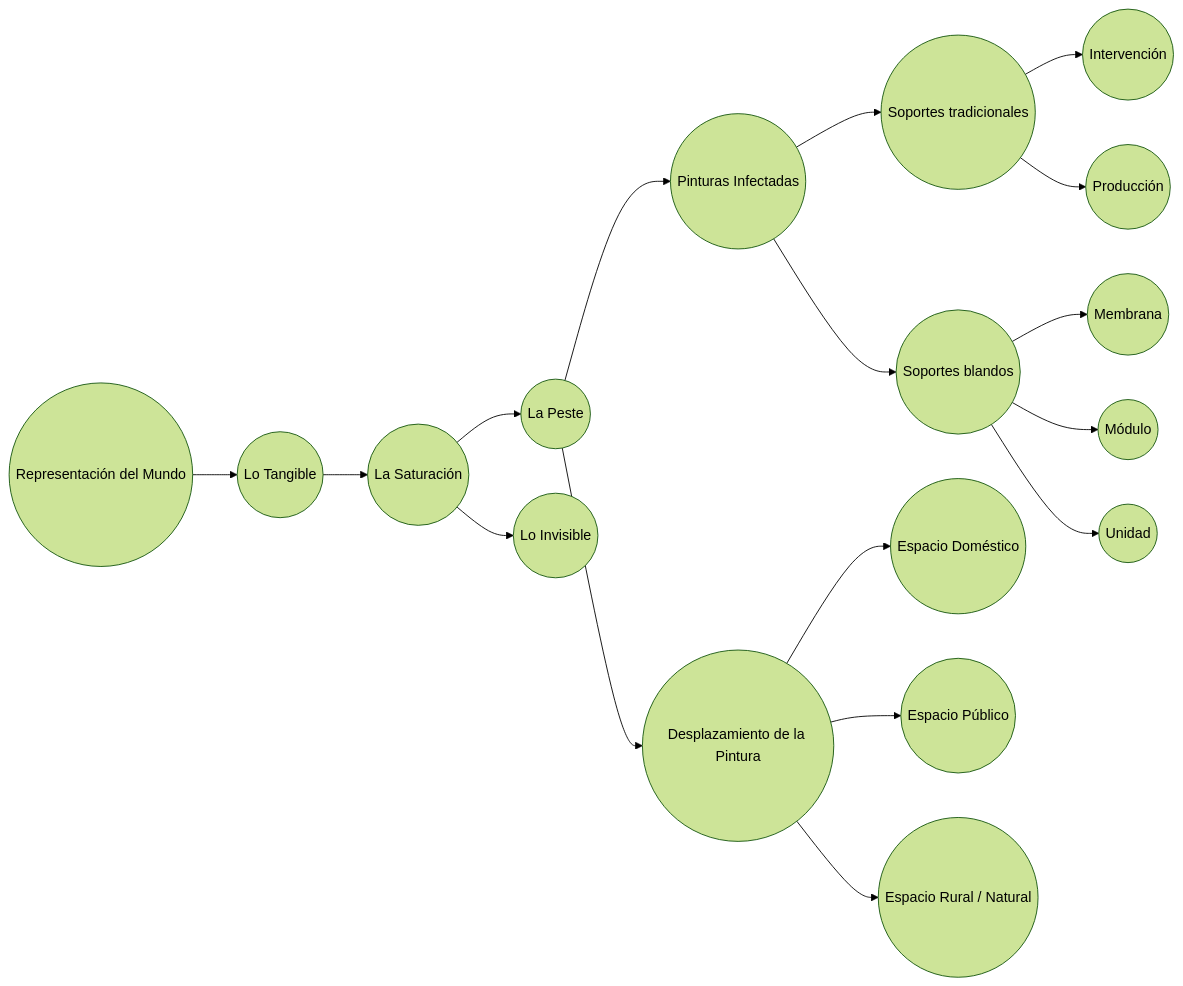
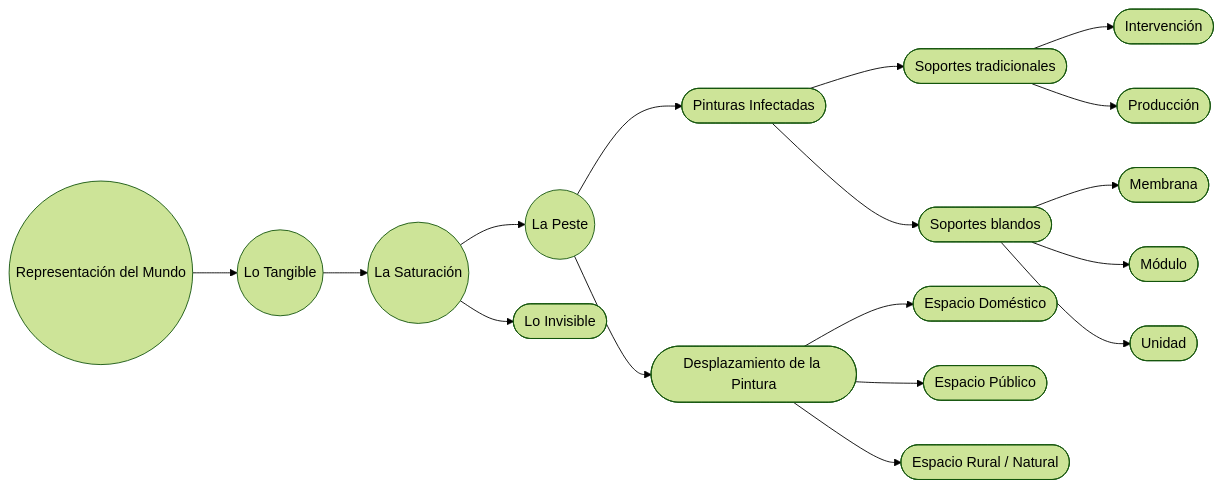
Before and after one commit to EGGS-Artesvisuales/EGGS-Artesvisuales.github.io: the diagram in ES/la-peste.md, drawn with Mermaid (forest theme).

```diff
--- a/ES/la-peste.md
+++ b/ES/la-peste.md
@@ -49,51 +49,51 @@
 <div class="mermaid">
 flowchart LR
   %% --- Macroestructura ---
   Z(("Representación del Mundo")) --> Y(("Lo Tangible"))
   Y --> A(("La Saturación"))
   A --> B(("La Peste"))
-  A --> X(("Lo Invisible"))
+  A --> X(["Lo Invisible"])
 
   %% --- Rama: La Peste / Pinturas Infectadas ---
-  B --> C(("Pinturas Infectadas"))
+  B --> C(["Pinturas Infectadas"])
 
   %% Soportes tradicionales
-  C --> D(("Soportes tradicionales"))
-  D --> D1(("Intervención"))
-  D --> D2(("Producción"))
+  C --> D(["Soportes tradicionales"])
+  D --> D1(["Intervención"])
+  D --> D2(["Producción"])
 
   %% Soportes blandos
-  C --> E(("Soportes blandos"))
-  E --> E1(("Membrana"))
-  E --> E2(("Módulo"))
-  E --> E3(("Unidad"))
+  C --> E(["Soportes blandos"])
+  E --> E1(["Membrana"])
+  E --> E2(["Módulo"])
+  E --> E3(["Unidad"])
 
   %% --- Rama: Desplazamiento de la Pintura ---
-  B --> F(("Desplazamiento de la Pintura"))
-  F --> F1(("Espacio Doméstico"))
-  F --> F2(("Espacio Público"))
-  F --> F3(("Espacio Rural / Natural"))
+  B --> F(["Desplazamiento de la Pintura"])
+  F --> F1(["Espacio Doméstico"])
+  F --> F2(["Espacio Público"])
+  F --> F3(["Espacio Rural / Natural"])
 
   %% --- Links ---
   click Z "/ES/mundo-exterior.html" "Ver Representación del Mundo"
   click Y "/ES/tangible.html" "Ver Lo Tangible"
   click A "/ES/saturacion.html" "Ver La Saturación"
   click B "/ES/la-peste.html" "Ver La Peste"
   click X "/ES/lo-invisible.html" "Ver Lo Invisible"
 
   click C "/ES/peste-pinturas-infectadas.html" "Ver Pinturas Infectadas"
 
   click D "/ES/peste-pinturas-infectadas.html#soportes-tradicionales" "Ir a Soportes Tradicionales"
   click D1 "/ES/peste-pinturas-infectadas.html#intervenciones" "Ir a Intervenciones"
   click D2 "/ES/peste-pinturas-infectadas.html#producciones" "Ir a Producciones"
 
   click E "/ES/peste-pinturas-infectadas.html#soportes-blandos" "Ir a Soportes Blandos"
   click E1 "/ES/peste-pinturas-infectadas.html#membranas" "Ir a Membranas"
   click E2 "/ES/peste-pinturas-infectadas.html#modulos" "Ir a Módulos"
   click E3 "/ES/peste-pinturas-infectadas.html#unidades" "Ir a Unidades"
 
   click F "/ES/desplazamiento-pintura.html" "Ir a Desplazamiento de la Pintura"
   click F1 "/ES/espacio-domestico.html" "Ir a Espacio Doméstico"
   click F2 "/ES/espacio-publico.html" "Ir a Espacio Público"
   click F3 "/ES/espacio-rural.html" "Ir a Espacio Rural / Natural"
 </div>
```
